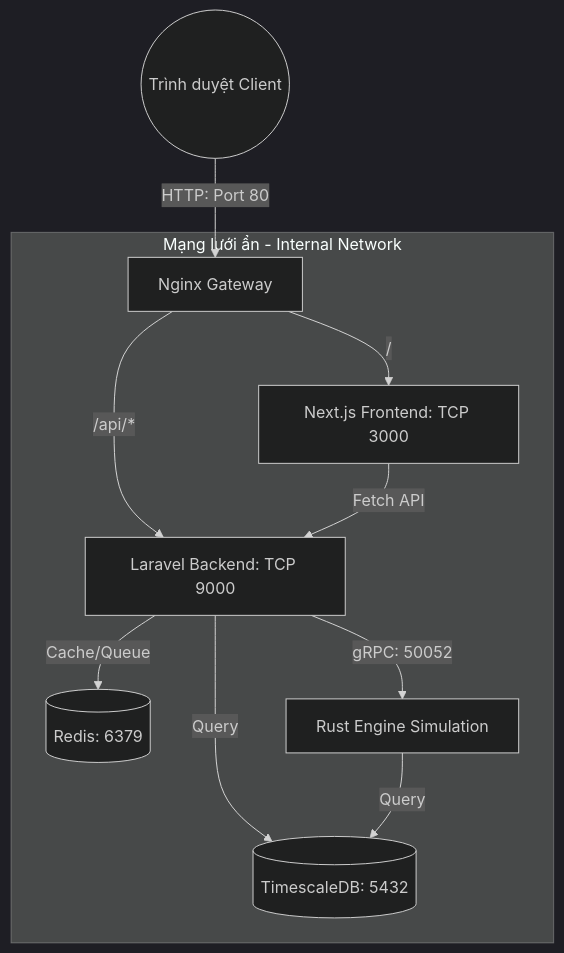
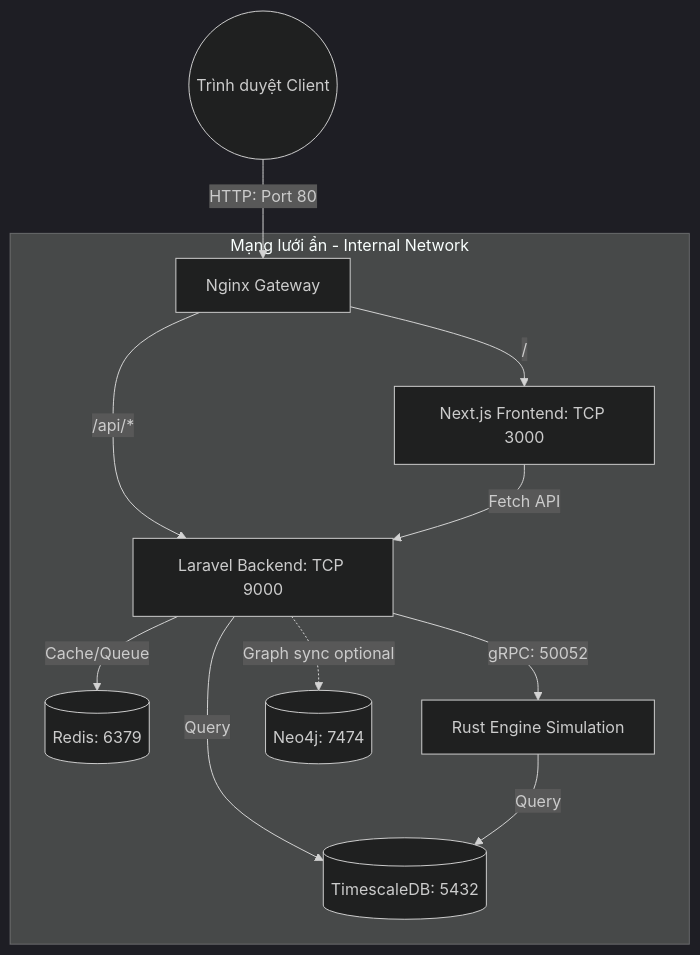
The diagram in deployment/README.md (vohoangtuarchives/Worldosv6), drawn with Mermaid (dark theme) before and after one commit. The commit also changed other lines of this file and 48 other files, not shown here.

````diff
--- a/deployment/README.md
+++ b/deployment/README.md
@@ -7,17 +7,18 @@
 ```mermaid
 graph TD
     Client((Trình duyệt Client)) -->|HTTP: Port 80| Nginx[Nginx Gateway]
 
     subgraph Internal Docker Network [Mạng lưới ẩn - Internal Network]
         Nginx -->|/api/*| Backend[Laravel Backend: TCP 9000]
         Nginx -->|/| Frontend[Next.js Frontend: TCP 3000]
 
         Backend -->|Query| Postgres[(TimescaleDB: 5432)]
         Backend -->|Cache/Queue| Redis[(Redis: 6379)]
         Backend -->|gRPC: 50052| Engine[Rust Engine Simulation]
+        Backend -.->|Graph sync optional| Neo4j[(Neo4j: 7474)]
 
         Frontend -->|Fetch API| Backend
         
         Engine -->|Query| Postgres
     end
 ```
````
